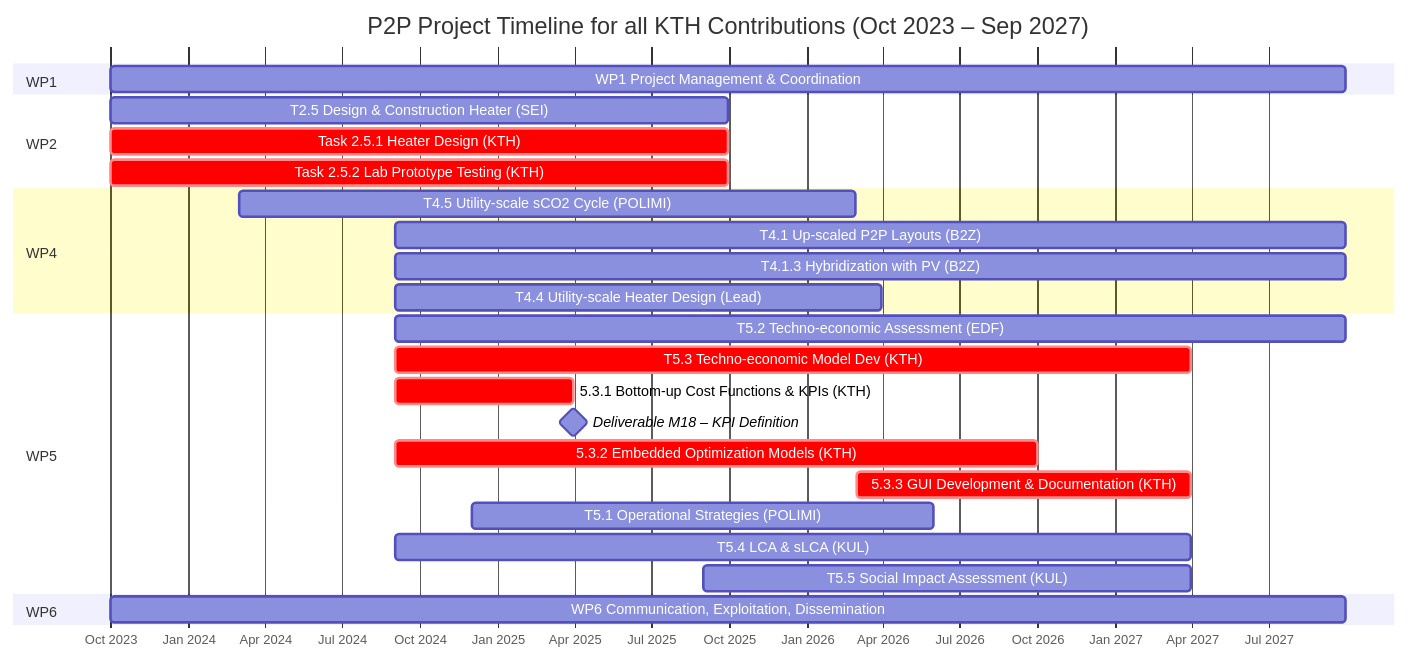
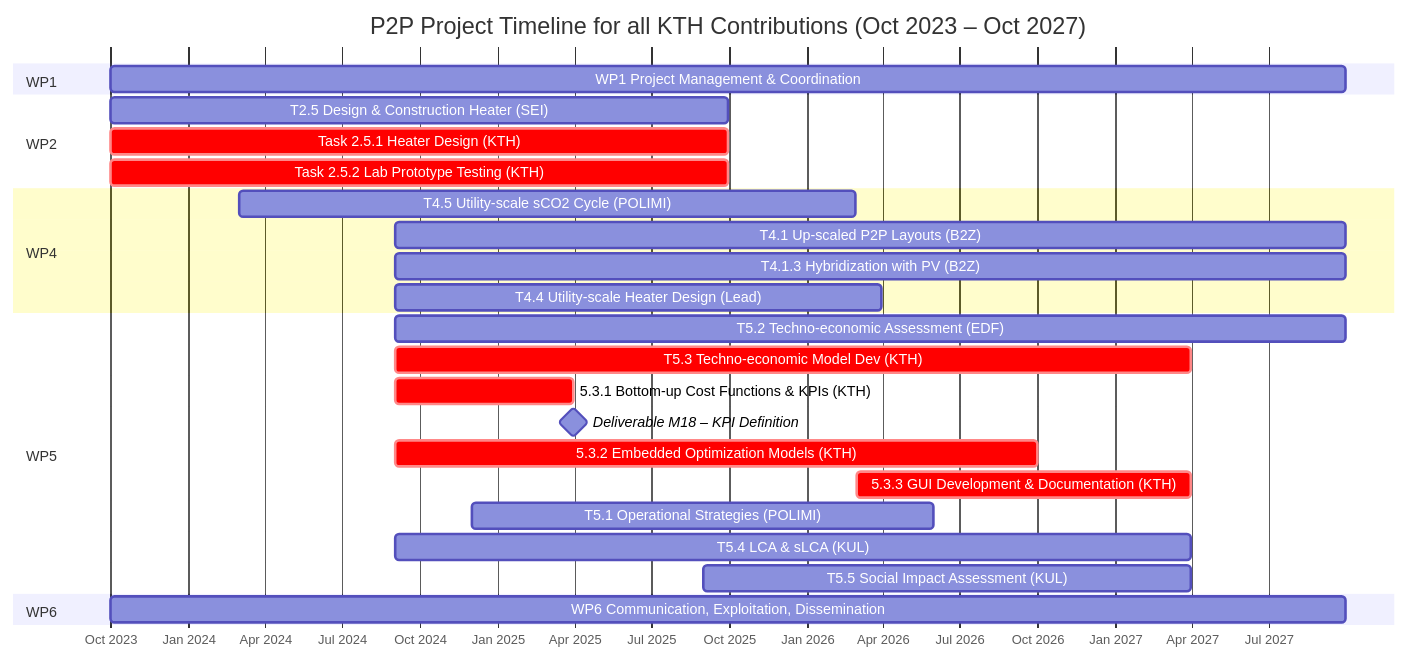
Before and after one commit to sarabjorkegren/Diverse: the diagram in README.md, drawn with Mermaid.

Commit message:
Update project timeline end date in README

````diff
--- a/README.md
+++ b/README.md
@@ -3,40 +3,40 @@
 ```mermaid
 gantt
-    title P2P Project Timeline for all KTH Contributions (Oct 2023 – Sep 2027)
+    title P2P Project Timeline for all KTH Contributions (Oct 2023 – Oct 2027)
     dateFormat  YYYY-MM-DD
     axisFormat  %b %Y
 
     %% =========================
     section WP1 
     WP1 Project Management & Coordination :wp1, 2023-10-01, 2027-09-30
 
     %% =========================
     section WP2 
     T2.5 Design & Construction Heater (SEI) :wp2a, 2023-10-01, 2025-09-30
     Task 2.5.1 Heater Design (KTH) :crit, wp2b, 2023-10-01, 2025-09-30
     Task 2.5.2 Lab Prototype Testing (KTH) :crit, wp2c, 2023-10-01, 2025-09-30
 
     %% =========================
     section WP4 
     T4.5 Utility-scale sCO2 Cycle (POLIMI) :wp4a, 2024-03-01, 2026-02-28
     T4.1 Up-scaled P2P Layouts (B2Z) :wp4b, 2024-09-01, 2027-09-30
     T4.1.3 Hybridization with PV (B2Z) :wp4c, 2024-09-01, 2027-09-30
     T4.4 Utility-scale Heater Design (Lead) :wp4d, 2024-09-01, 2026-03-31
 
     %% =========================
     section WP5 
     T5.2 Techno-economic Assessment (EDF) :wp5a, 2024-09-01, 2027-09-30
     T5.3 Techno-economic Model Dev (KTH) :crit, wp5b, 2024-09-01, 2027-03-31
     5.3.1 Bottom-up Cost Functions & KPIs (KTH) :crit, wp5c, 2024-09-01, 2025-03-31
     Deliverable M18 – KPI Definition :milestone, m18, 2025-03-31, 0d
     5.3.2 Embedded Optimization Models (KTH) :crit, wp5d, 2024-09-01, 2026-09-30
     5.3.3 GUI Development & Documentation (KTH) :crit, wp5e, 2026-03-01, 2027-03-31
     T5.1 Operational Strategies (POLIMI) :wp5f, 2024-12-01, 2026-05-31
     T5.4 LCA & sLCA (KUL) :wp5g, 2024-09-01, 2027-03-31
     T5.5 Social Impact Assessment (KUL) :wp5h, 2025-09-01, 2027-03-31
 
     %% =========================
     section WP6 
     WP6 Communication, Exploitation, Dissemination:wp6a, 2023-10-01, 2027-09-30
  
 ```
````
